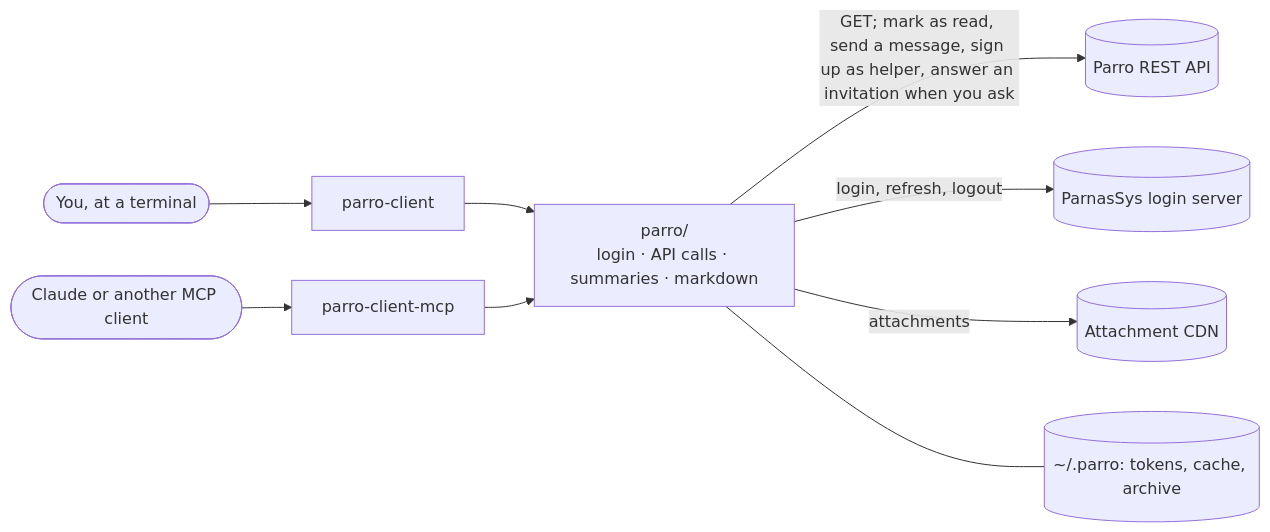
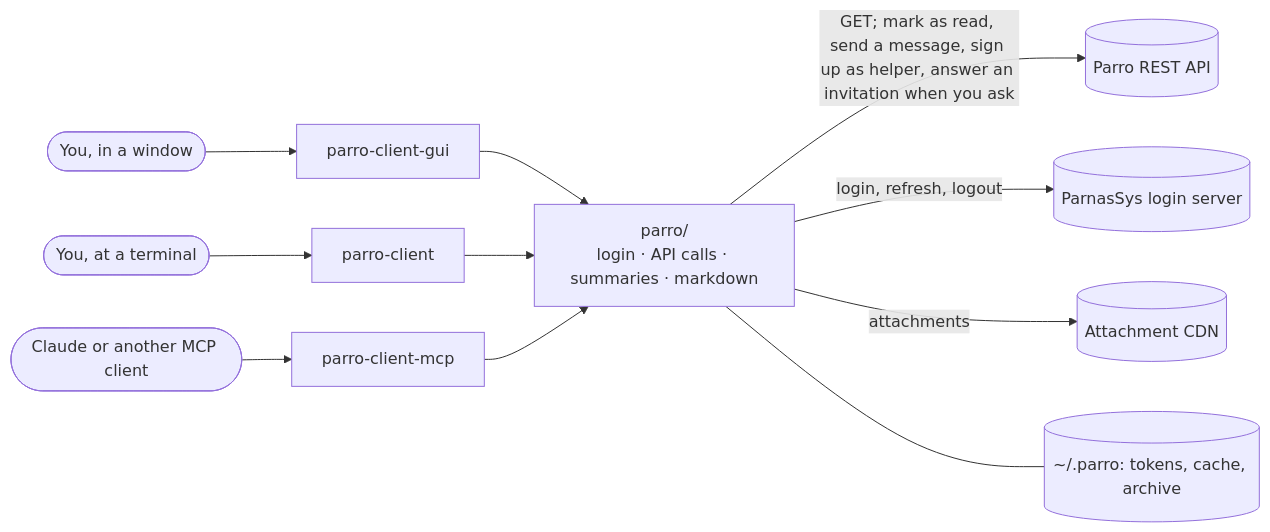
The diagram in README.md (chris-swift-dev/parro-api-client), drawn with Mermaid before and after one commit. The commit also changed other lines of this file and 59 other files, not shown here.

First line of the commit message:
Desktop app: parro-client-gui, built on the existing package (#19)

````diff
--- a/README.md
+++ b/README.md
@@ -87,11 +89,13 @@
 ```mermaid
 flowchart LR
   you([You, at a terminal]) --> cli[parro-client]
   claude([Claude or another MCP client]) --> mcp[parro-client-mcp]
+  desktop([You, in a window]) --> gui[parro-client-gui]
+  gui --> core
   cli --> core["parro/<br>login · API calls · summaries · markdown"]
   mcp --> core
   core -- "GET; mark as read, send a message, sign up as helper, answer an invitation when you ask" --> api[(Parro REST API)]
   core -- "login, refresh, logout" --> idp[(ParnasSys login server)]
   core -- "attachments" --> cdn[(Attachment CDN)]
   core --- disk[("~/.parro: tokens, cache, archive")]
 ```
````
